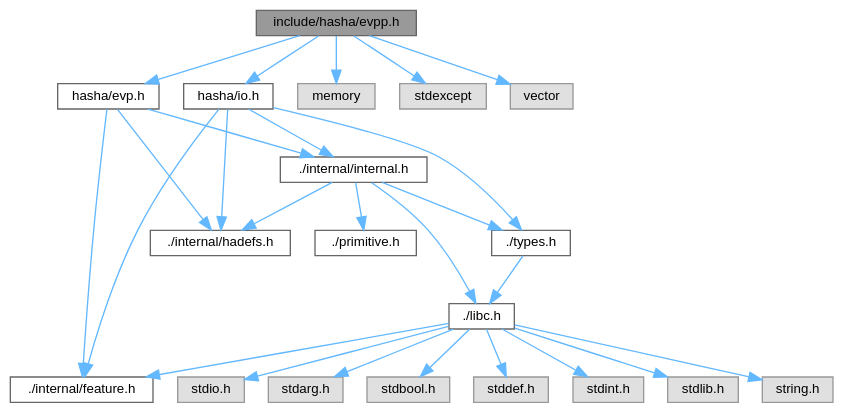
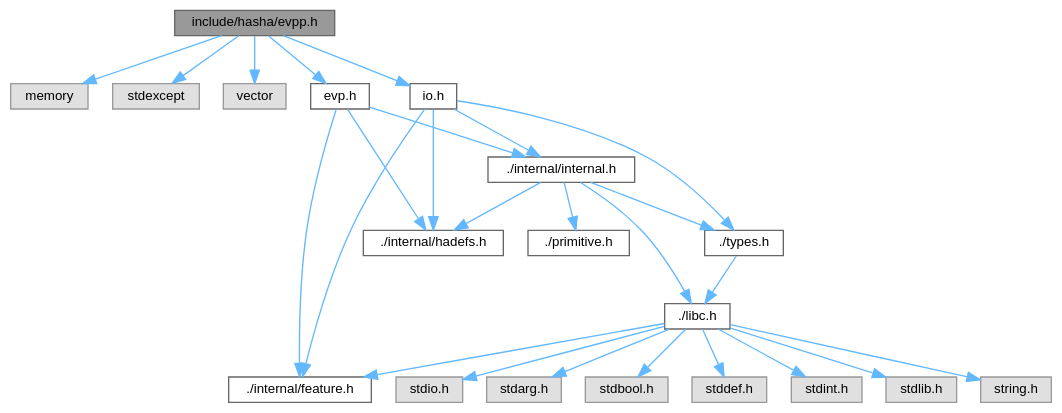
Before and after one commit to reslaid32/hasha: the diagram in docs/de/d94/evpp_8h__incl.dot, drawn with Graphviz. The commit also changed 138 other files, not shown here.

```diff
--- a/docs/de/d94/evpp_8h__incl.dot
+++ b/docs/de/d94/evpp_8h__incl.dot
@@ -1,51 +1,51 @@
 digraph "include/hasha/evpp.h"
 {
  // LATEX_PDF_SIZE
   bgcolor="transparent";
   edge [fontname=Helvetica,fontsize=10,labelfontname=Helvetica,labelfontsize=10];
   node [fontname=Helvetica,fontsize=10,shape=box,height=0.2,width=0.4];
   Node1 [id="Node000001",label="include/hasha/evpp.h",height=0.2,width=0.4,color="gray40", fillcolor="grey60", style="filled", fontcolor="black",tooltip=" "];
   Node1 -> Node2 [id="edge1_Node000001_Node000002",color="steelblue1",style="solid",tooltip=" "];
-  Node2 [id="Node000002",label="hasha/evp.h",height=0.2,width=0.4,color="grey40", fillcolor="white", style="filled",URL="$d5/d67/evp_8h.html",tooltip="Header file for the EVP Hasher abstraction."];
-  Node2 -> Node3 [id="edge2_Node000002_Node000003",color="steelblue1",style="solid",tooltip=" "];
-  Node3 [id="Node000003",label="./internal/feature.h",height=0.2,width=0.4,color="grey40", fillcolor="white", style="filled",URL="$d2/d74/feature_8h.html",tooltip=" "];
-  Node2 -> Node4 [id="edge3_Node000002_Node000004",color="steelblue1",style="solid",tooltip=" "];
-  Node4 [id="Node000004",label="./internal/hadefs.h",height=0.2,width=0.4,color="grey40", fillcolor="white", style="filled",URL="$d5/d5e/hadefs_8h.html",tooltip=" "];
-  Node2 -> Node5 [id="edge4_Node000002_Node000005",color="steelblue1",style="solid",tooltip=" "];
-  Node5 [id="Node000005",label="./internal/internal.h",height=0.2,width=0.4,color="grey40", fillcolor="white", style="filled",URL="$db/dde/internal_8h.html",tooltip=" "];
-  Node5 -> Node4 [id="edge5_Node000005_Node000004",color="steelblue1",style="solid",tooltip=" "];
-  Node5 -> Node6 [id="edge6_Node000005_Node000006",color="steelblue1",style="solid",tooltip=" "];
-  Node6 [id="Node000006",label="./libc.h",height=0.2,width=0.4,color="grey40", fillcolor="white", style="filled",URL="$db/dc8/libc_8h.html",tooltip=" "];
-  Node6 -> Node3 [id="edge7_Node000006_Node000003",color="steelblue1",style="solid",tooltip=" "];
-  Node6 -> Node7 [id="edge8_Node000006_Node000007",color="steelblue1",style="solid",tooltip=" "];
-  Node7 [id="Node000007",label="stdio.h",height=0.2,width=0.4,color="grey60", fillcolor="#E0E0E0", style="filled",tooltip=" "];
-  Node6 -> Node8 [id="edge9_Node000006_Node000008",color="steelblue1",style="solid",tooltip=" "];
-  Node8 [id="Node000008",label="stdarg.h",height=0.2,width=0.4,color="grey60", fillcolor="#E0E0E0", style="filled",tooltip=" "];
-  Node6 -> Node9 [id="edge10_Node000006_Node000009",color="steelblue1",style="solid",tooltip=" "];
-  Node9 [id="Node000009",label="stdbool.h",height=0.2,width=0.4,color="grey60", fillcolor="#E0E0E0", style="filled",tooltip=" "];
-  Node6 -> Node10 [id="edge11_Node000006_Node000010",color="steelblue1",style="solid",tooltip=" "];
-  Node10 [id="Node000010",label="stddef.h",height=0.2,width=0.4,color="grey60", fillcolor="#E0E0E0", style="filled",tooltip=" "];
-  Node6 -> Node11 [id="edge12_Node000006_Node000011",color="steelblue1",style="solid",tooltip=" "];
-  Node11 [id="Node000011",label="stdint.h",height=0.2,width=0.4,color="grey60", fillcolor="#E0E0E0", style="filled",tooltip=" "];
-  Node6 -> Node12 [id="edge13_Node000006_Node000012",color="steelblue1",style="solid",tooltip=" "];
-  Node12 [id="Node000012",label="stdlib.h",height=0.2,width=0.4,color="grey60", fillcolor="#E0E0E0", style="filled",tooltip=" "];
-  Node6 -> Node13 [id="edge14_Node000006_Node000013",color="steelblue1",style="solid",tooltip=" "];
-  Node13 [id="Node000013",label="string.h",height=0.2,width=0.4,color="grey60", fillcolor="#E0E0E0", style="filled",tooltip=" "];
-  Node5 -> Node14 [id="edge15_Node000005_Node000014",color="steelblue1",style="solid",tooltip=" "];
-  Node14 [id="Node000014",label="./primitive.h",height=0.2,width=0.4,color="grey40", fillcolor="white", style="filled",URL="$d1/d71/primitive_8h.html",tooltip=" "];
-  Node5 -> Node15 [id="edge16_Node000005_Node000015",color="steelblue1",style="solid",tooltip=" "];
-  Node15 [id="Node000015",label="./types.h",height=0.2,width=0.4,color="grey40", fillcolor="white", style="filled",URL="$d9/d49/types_8h.html",tooltip=" "];
-  Node15 -> Node6 [id="edge17_Node000015_Node000006",color="steelblue1",style="solid",tooltip=" "];
-  Node1 -> Node16 [id="edge18_Node000001_Node000016",color="steelblue1",style="solid",tooltip=" "];
-  Node16 [id="Node000016",label="hasha/io.h",height=0.2,width=0.4,color="grey40", fillcolor="white", style="filled",URL="$dc/dac/io_8h.html",tooltip="Header file for I/O operations related to hashing."];
-  Node16 -> Node3 [id="edge19_Node000016_Node000003",color="steelblue1",style="solid",tooltip=" "];
-  Node16 -> Node4 [id="edge20_Node000016_Node000004",color="steelblue1",style="solid",tooltip=" "];
-  Node16 -> Node5 [id="edge21_Node000016_Node000005",color="steelblue1",style="solid",tooltip=" "];
-  Node16 -> Node15 [id="edge22_Node000016_Node000015",color="steelblue1",style="solid",tooltip=" "];
-  Node1 -> Node17 [id="edge23_Node000001_Node000017",color="steelblue1",style="solid",tooltip=" "];
-  Node17 [id="Node000017",label="memory",height=0.2,width=0.4,color="grey60", fillcolor="#E0E0E0", style="filled",tooltip=" "];
-  Node1 -> Node18 [id="edge24_Node000001_Node000018",color="steelblue1",style="solid",tooltip=" "];
-  Node18 [id="Node000018",label="stdexcept",height=0.2,width=0.4,color="grey60", fillcolor="#E0E0E0", style="filled",tooltip=" "];
-  Node1 -> Node19 [id="edge25_Node000001_Node000019",color="steelblue1",style="solid",tooltip=" "];
-  Node19 [id="Node000019",label="vector",height=0.2,width=0.4,color="grey60", fillcolor="#E0E0E0", style="filled",tooltip=" "];
+  Node2 [id="Node000002",label="memory",height=0.2,width=0.4,color="grey60", fillcolor="#E0E0E0", style="filled",tooltip=" "];
+  Node1 -> Node3 [id="edge2_Node000001_Node000003",color="steelblue1",style="solid",tooltip=" "];
+  Node3 [id="Node000003",label="stdexcept",height=0.2,width=0.4,color="grey60", fillcolor="#E0E0E0", style="filled",tooltip=" "];
+  Node1 -> Node4 [id="edge3_Node000001_Node000004",color="steelblue1",style="solid",tooltip=" "];
+  Node4 [id="Node000004",label="vector",height=0.2,width=0.4,color="grey60", fillcolor="#E0E0E0", style="filled",tooltip=" "];
+  Node1 -> Node5 [id="edge4_Node000001_Node000005",color="steelblue1",style="solid",tooltip=" "];
+  Node5 [id="Node000005",label="evp.h",height=0.2,width=0.4,color="grey40", fillcolor="white", style="filled",URL="$d5/d67/evp_8h.html",tooltip="Header file for the EVP Hasher abstraction."];
+  Node5 -> Node6 [id="edge5_Node000005_Node000006",color="steelblue1",style="solid",tooltip=" "];
+  Node6 [id="Node000006",label="./internal/feature.h",height=0.2,width=0.4,color="grey40", fillcolor="white", style="filled",URL="$d2/d74/feature_8h.html",tooltip=" "];
+  Node5 -> Node7 [id="edge6_Node000005_Node000007",color="steelblue1",style="solid",tooltip=" "];
+  Node7 [id="Node000007",label="./internal/hadefs.h",height=0.2,width=0.4,color="grey40", fillcolor="white", style="filled",URL="$d5/d5e/hadefs_8h.html",tooltip=" "];
+  Node5 -> Node8 [id="edge7_Node000005_Node000008",color="steelblue1",style="solid",tooltip=" "];
+  Node8 [id="Node000008",label="./internal/internal.h",height=0.2,width=0.4,color="grey40", fillcolor="white", style="filled",URL="$db/dde/internal_8h.html",tooltip=" "];
+  Node8 -> Node7 [id="edge8_Node000008_Node000007",color="steelblue1",style="solid",tooltip=" "];
+  Node8 -> Node9 [id="edge9_Node000008_Node000009",color="steelblue1",style="solid",tooltip=" "];
+  Node9 [id="Node000009",label="./libc.h",height=0.2,width=0.4,color="grey40", fillcolor="white", style="filled",URL="$db/dc8/libc_8h.html",tooltip=" "];
+  Node9 -> Node6 [id="edge10_Node000009_Node000006",color="steelblue1",style="solid",tooltip=" "];
+  Node9 -> Node10 [id="edge11_Node000009_Node000010",color="steelblue1",style="solid",tooltip=" "];
+  Node10 [id="Node000010",label="stdio.h",height=0.2,width=0.4,color="grey60", fillcolor="#E0E0E0", style="filled",tooltip=" "];
+  Node9 -> Node11 [id="edge12_Node000009_Node000011",color="steelblue1",style="solid",tooltip=" "];
+  Node11 [id="Node000011",label="stdarg.h",height=0.2,width=0.4,color="grey60", fillcolor="#E0E0E0", style="filled",tooltip=" "];
+  Node9 -> Node12 [id="edge13_Node000009_Node000012",color="steelblue1",style="solid",tooltip=" "];
+  Node12 [id="Node000012",label="stdbool.h",height=0.2,width=0.4,color="grey60", fillcolor="#E0E0E0", style="filled",tooltip=" "];
+  Node9 -> Node13 [id="edge14_Node000009_Node000013",color="steelblue1",style="solid",tooltip=" "];
+  Node13 [id="Node000013",label="stddef.h",height=0.2,width=0.4,color="grey60", fillcolor="#E0E0E0", style="filled",tooltip=" "];
+  Node9 -> Node14 [id="edge15_Node000009_Node000014",color="steelblue1",style="solid",tooltip=" "];
+  Node14 [id="Node000014",label="stdint.h",height=0.2,width=0.4,color="grey60", fillcolor="#E0E0E0", style="filled",tooltip=" "];
+  Node9 -> Node15 [id="edge16_Node000009_Node000015",color="steelblue1",style="solid",tooltip=" "];
+  Node15 [id="Node000015",label="stdlib.h",height=0.2,width=0.4,color="grey60", fillcolor="#E0E0E0", style="filled",tooltip=" "];
+  Node9 -> Node16 [id="edge17_Node000009_Node000016",color="steelblue1",style="solid",tooltip=" "];
+  Node16 [id="Node000016",label="string.h",height=0.2,width=0.4,color="grey60", fillcolor="#E0E0E0", style="filled",tooltip=" "];
+  Node8 -> Node17 [id="edge18_Node000008_Node000017",color="steelblue1",style="solid",tooltip=" "];
+  Node17 [id="Node000017",label="./primitive.h",height=0.2,width=0.4,color="grey40", fillcolor="white", style="filled",URL="$d1/d71/primitive_8h.html",tooltip=" "];
+  Node8 -> Node18 [id="edge19_Node000008_Node000018",color="steelblue1",style="solid",tooltip=" "];
+  Node18 [id="Node000018",label="./types.h",height=0.2,width=0.4,color="grey40", fillcolor="white", style="filled",URL="$d9/d49/types_8h.html",tooltip=" "];
+  Node18 -> Node9 [id="edge20_Node000018_Node000009",color="steelblue1",style="solid",tooltip=" "];
+  Node1 -> Node19 [id="edge21_Node000001_Node000019",color="steelblue1",style="solid",tooltip=" "];
+  Node19 [id="Node000019",label="io.h",height=0.2,width=0.4,color="grey40", fillcolor="white", style="filled",URL="$dc/dac/io_8h.html",tooltip="Header file for I/O operations related to hashing."];
+  Node19 -> Node6 [id="edge22_Node000019_Node000006",color="steelblue1",style="solid",tooltip=" "];
+  Node19 -> Node7 [id="edge23_Node000019_Node000007",color="steelblue1",style="solid",tooltip=" "];
+  Node19 -> Node8 [id="edge24_Node000019_Node000008",color="steelblue1",style="solid",tooltip=" "];
+  Node19 -> Node18 [id="edge25_Node000019_Node000018",color="steelblue1",style="solid",tooltip=" "];
 }
```
